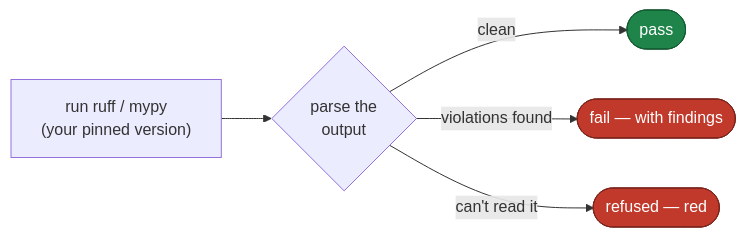
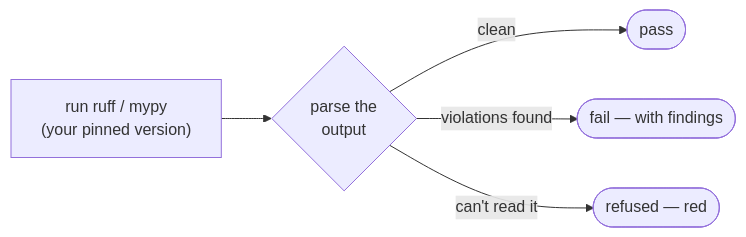
The diagram in docs/gate/commodity.md (clintecker/celebrimbor), drawn with Mermaid before and after one commit. The commit also changed 12 other files, not shown here.

First line of the commit message:
docs: fix diagram rendering — drop hardcoded mermaid colors, real table headers

````diff
--- a/docs/gate/commodity.md
+++ b/docs/gate/commodity.md
@@ -23,11 +23,7 @@
 ```mermaid
 flowchart LR
     T["run ruff / mypy<br/>(your pinned version)"] --> P{parse the<br/>output}
     P -->|clean| G([pass])
     P -->|"violations found"| F([fail — with findings])
     P -->|"can't read it"| R([refused — red])
-    classDef red fill:#c0392b,stroke:#7b241c,color:#fff
-    classDef green fill:#1e8449,stroke:#145a32,color:#fff
-    class R,F red
-    class G green
 ```
````
